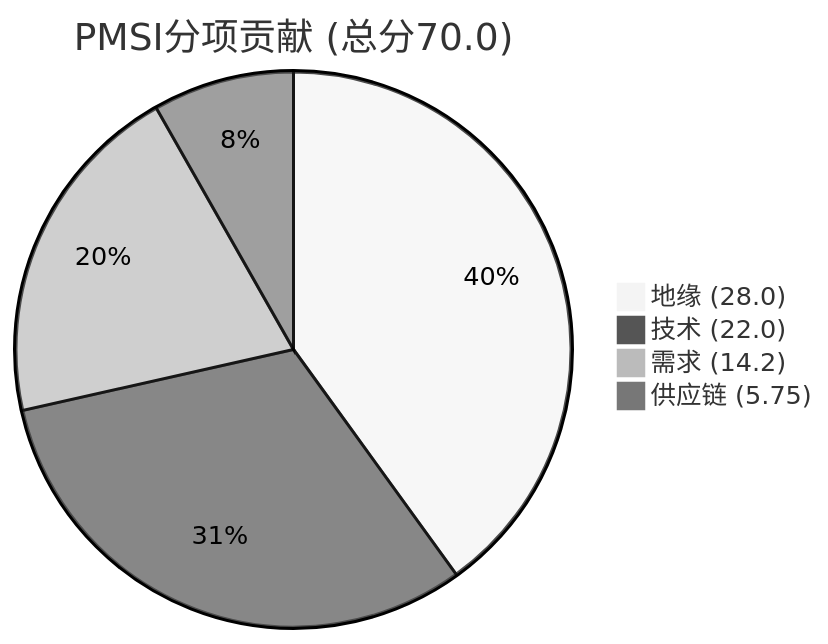
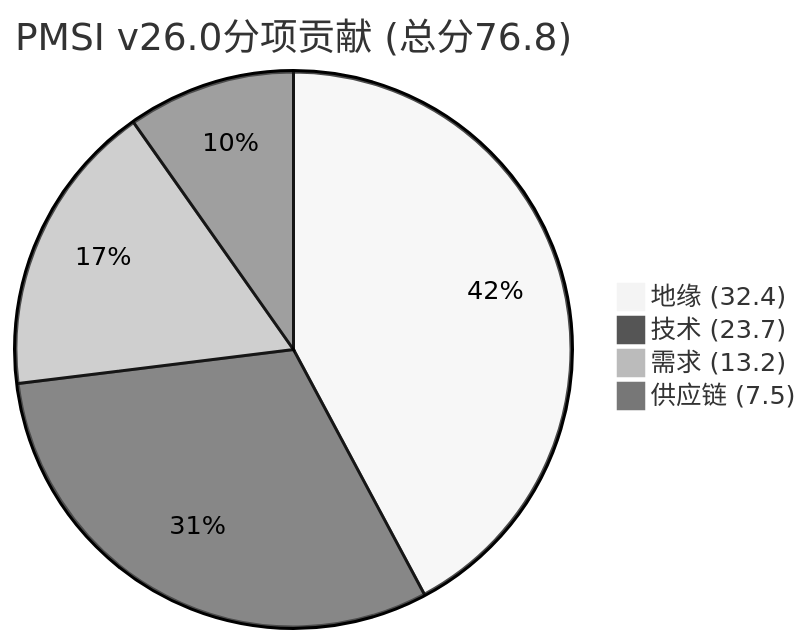
Before and after one commit to miltonnewyork25-afk/investment-master: the eighth of 12 diagrams in reports/TSM/TSM_Phase1_v2.0_2026-02-10.md, drawn with Mermaid (neutral theme). The commit also changed other lines of this file and 1 other file, not shown here.

````diff
--- a/reports/TSM/TSM_Phase1_v2.0_2026-02-10.md
+++ b/reports/TSM/TSM_Phase1_v2.0_2026-02-10.md
@@ -851,7 +856,7 @@
 ```mermaid
-pie title PMSI分项贡献 (总分70.0)
-    "地缘 (28.0)" : 28.0
-    "技术 (22.0)" : 22.0
-    "需求 (14.2)" : 14.2
-    "供应链 (5.75)" : 5.75
+pie title PMSI v26.0分项贡献 (总分76.8)
+    "地缘 (32.4)" : 32.4
+    "技术 (23.7)" : 23.7
+    "需求 (13.2)" : 13.2
+    "供应链 (7.5)" : 7.5
 ```
````
